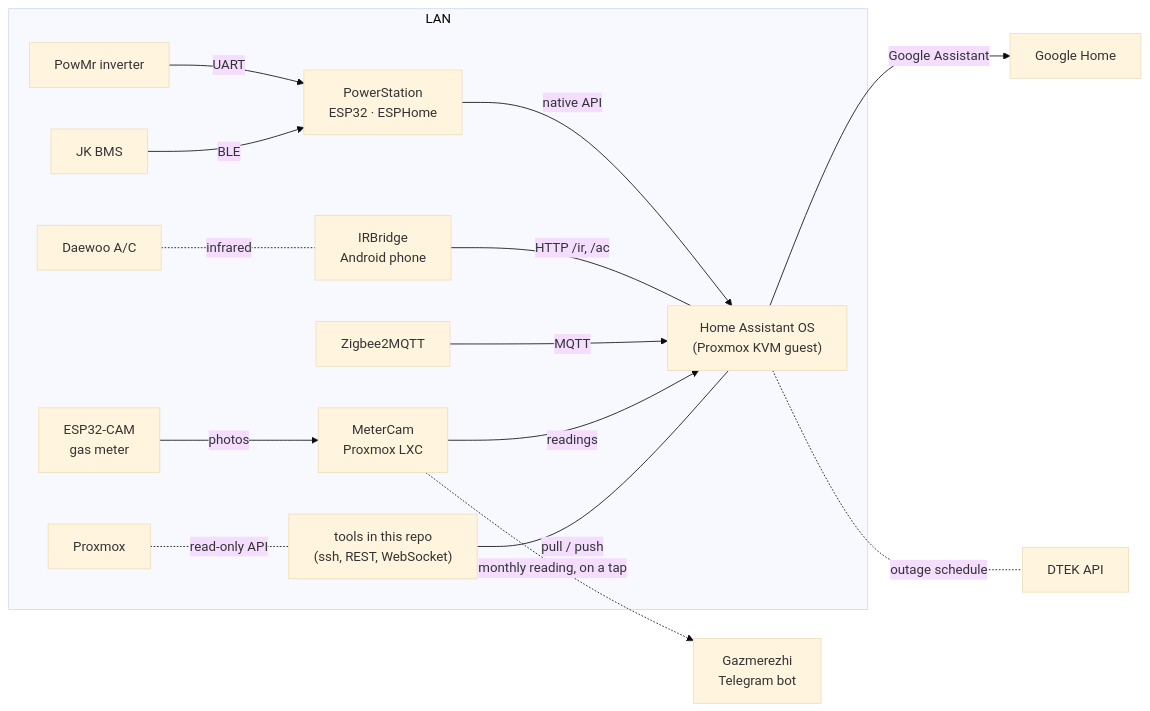
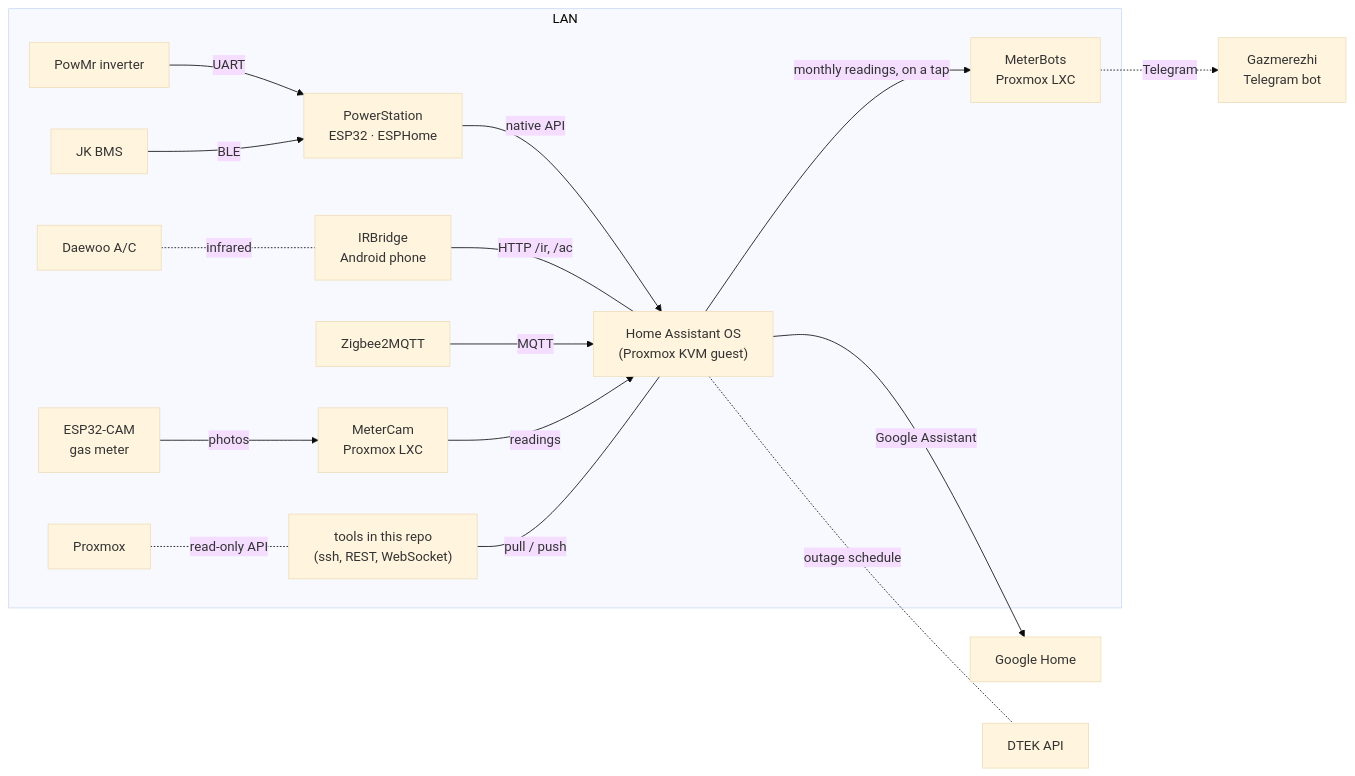
Before and after one commit to AlexandrLisitsa/HomeSweetHome: the diagram in README.md, drawn with Mermaid (base theme). The commit also changed other lines of this file and 48 other files, not shown here.

````diff
--- a/README.md
+++ b/README.md
@@ -11,19 +11,20 @@
 ```mermaid
 flowchart LR
     subgraph LAN
         HA["Home Assistant OS<br/>(Proxmox KVM guest)"]
         PS["PowerStation<br/>ESP32 · ESPHome"] -- "native API" --> HA
         INV["PowMr inverter"] -- UART --> PS
         BMS["JK BMS"] -- BLE --> PS
         IR["IRBridge<br/>Android phone"] -- "HTTP /ir, /ac" --- HA
         AC["Daewoo A/C"] -. "infrared" .- IR
         Z2M["Zigbee2MQTT"] -- MQTT --> HA
         CAM["ESP32-CAM<br/>gas meter"] -- "photos" --> MC["MeterCam<br/>Proxmox LXC"]
         MC -- "readings" --> HA
+        HA -- "monthly readings, on a tap" --> MB["MeterBots<br/>Proxmox LXC"]
         PVE["Proxmox"] -. "read-only API" .- TOOLS
     end
     HA -- "Google Assistant" --> GH["Google Home"]
     HA -. "outage schedule" .- DTEK["DTEK API"]
-    MC -. "monthly reading, on a tap" .-> GRMU["Gazmerezhi<br/>Telegram bot"]
+    MB -. "Telegram" .-> GRMU["Gazmerezhi<br/>Telegram bot"]
     TOOLS["tools in this repo<br/>(ssh, REST, WebSocket)"] -- "pull / push" --- HA
 ```
````
